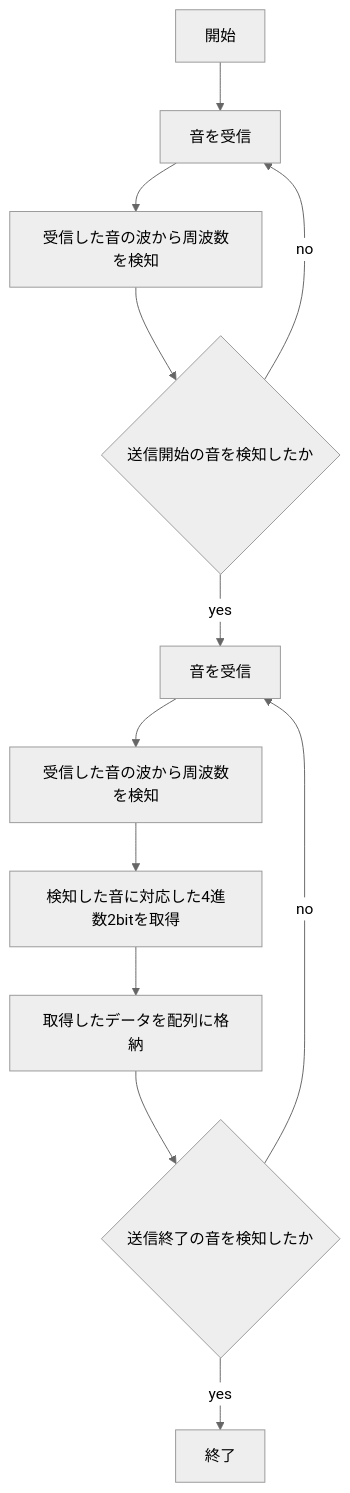
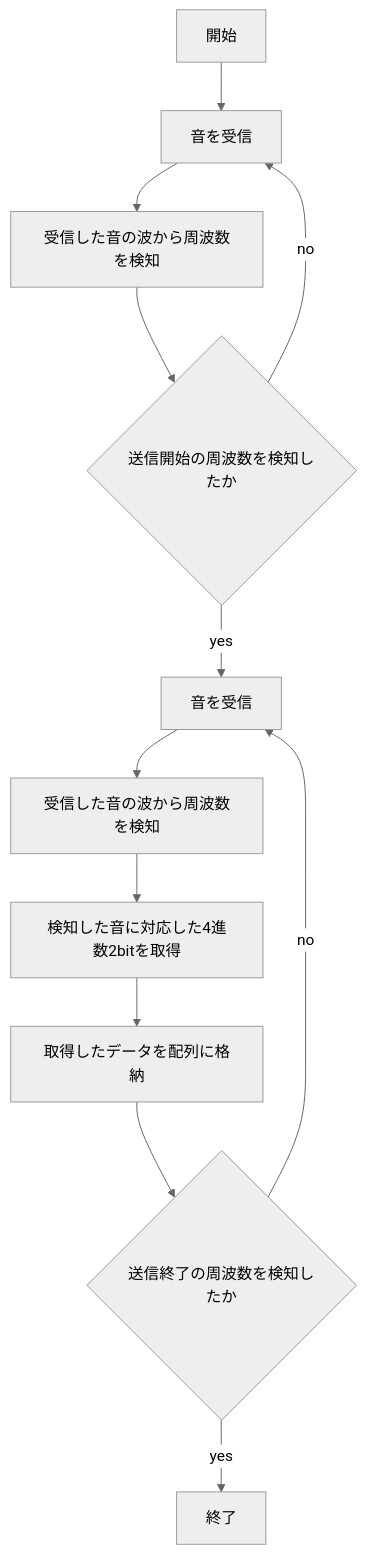
One commit to kanayuu0404/hakkason changed the first of 6 diagrams in README.md. Above: the diagram before and after it, drawn with Mermaid (neutral theme).

Commit message:
音受信フロチャloop修正

````diff
--- a/README.md
+++ b/README.md
@@ -3,26 +3,26 @@
 ```mermaid
 flowchart TD;
 
 start["開始"];
 end1["終了"]
 jyusinn["音を受信"]
 jyusinn2["音を受信"]
 syuuha["受信した音の波から周波数を検知"]
 syuuha2["受信した音の波から周波数を検知"]
-if1{"送信開始の音を検知したか"}
+if1{"送信開始の周波数を検知したか"}
 syutoku["検知した音に対応した4進数2bitを取得"]
 kakuno["取得したデータを配列に格納"]
-if2{"送信終了の音を検知したか"}
+if2{"送信終了の周波数を検知したか"}
 
 start --> jyusinn
 jyusinn --> syuuha
 syuuha --> if1
 if1 -->|yes| jyusinn2
 if1 -->|no| jyusinn
 jyusinn2 --> syuuha2
 syuuha2 --> syutoku
 syutoku --> kakuno
 kakuno --> if2
 if2 -->|yes| end1
 if2 -->|no| jyusinn2
 ```
````
